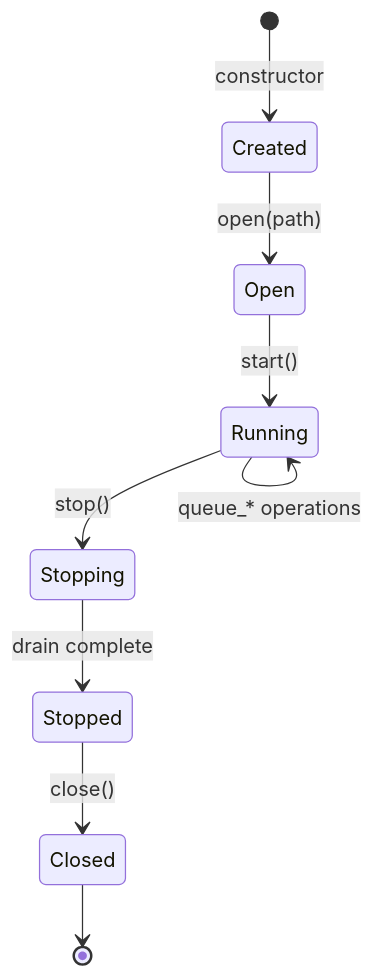
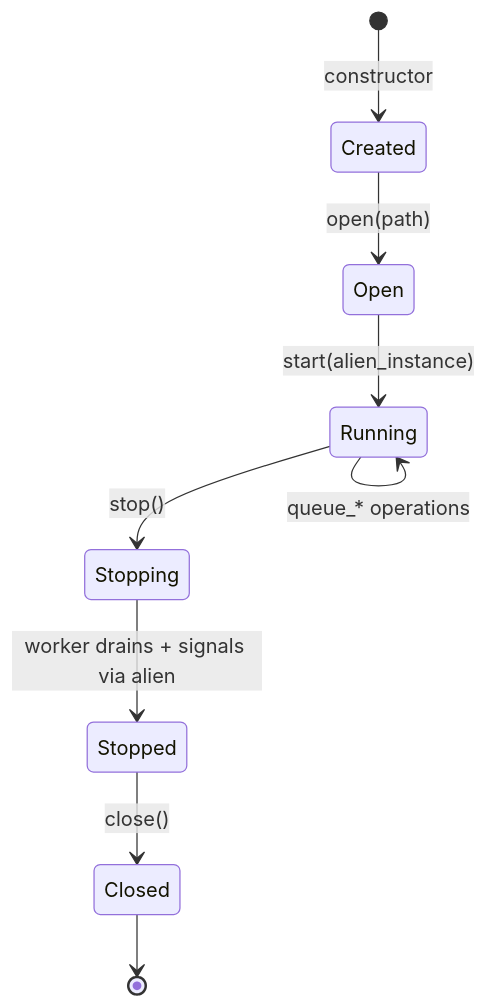
One commit to Ranvier-Systems/ranvier-core changed the second of 3 diagrams in docs/internals/async-persistence.md. Above: the diagram before and after it, drawn with Mermaid. The commit also changed other lines of this file, not shown here.

````diff
--- a/docs/internals/async-persistence.md
+++ b/docs/internals/async-persistence.md
@@ -142,11 +160,11 @@
 ```mermaid
 stateDiagram-v2
     [*] --> Created: constructor
     Created --> Open: open(path)
-    Open --> Running: start()
+    Open --> Running: start(alien_instance)
     Running --> Running: queue_* operations
     Running --> Stopping: stop()
-    Stopping --> Stopped: drain complete
+    Stopping --> Stopped: worker drains + signals via alien
     Stopped --> Closed: close()
     Closed --> [*]
 ```
````
